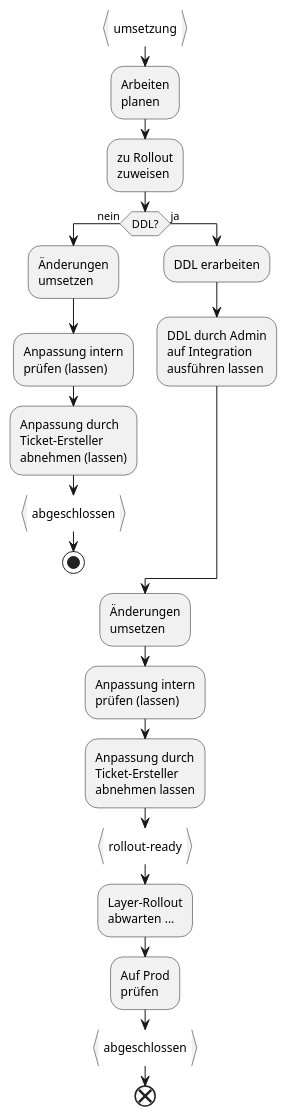
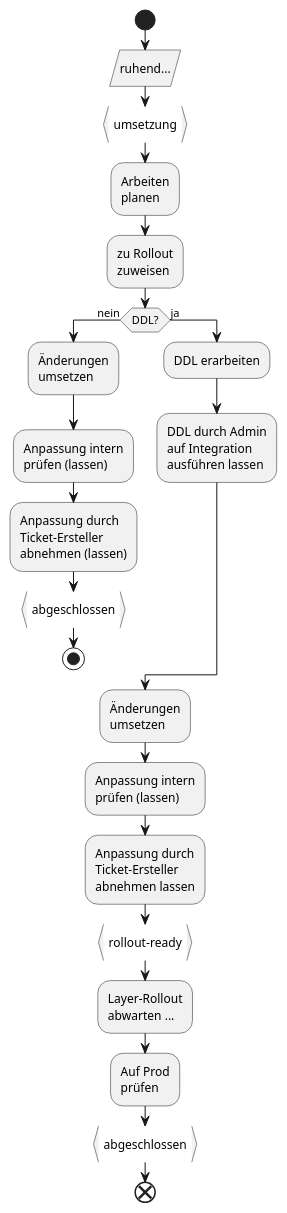
One commit to ojeker/docktick changed the diagram in dok/puml/src/flow_rollout.puml. Above: the diagram before and after it, drawn with PlantUML. The commit also changed 8 other files, not shown here.

Commit message:
Diagram clarifications

```diff
--- a/dok/puml/src/flow_rollout.puml
+++ b/dok/puml/src/flow_rollout.puml
@@ -1,48 +1,50 @@
 @startuml
 |AGI-Mitarbeiter|
 
+start
+:ruhend.../
 :umsetzung}
 
 :Arbeiten
 planen;
 
 :zu Rollout
 zuweisen;
 
 if (DDL?) then (nein)
   :Änderungen
   umsetzen;
   :Anpassung intern
   prüfen (lassen);
   :Anpassung durch
   Ticket-Ersteller
   abnehmen (lassen);
   :abgeschlossen}
   stop
 else (ja)
   :DDL erarbeiten;
   :DDL durch Admin
   auf Integration
   ausführen lassen;
 
 endif
 
 :Änderungen
 umsetzen;
 
 :Anpassung intern
 prüfen (lassen);
 :Anpassung durch
 Ticket-Ersteller
 abnehmen lassen;
 :rollout-ready}
 
 :Layer-Rollout
 abwarten ...;
 
 :Auf Prod
 prüfen;
 :abgeschlossen}
 
 end
 @enduml
```
